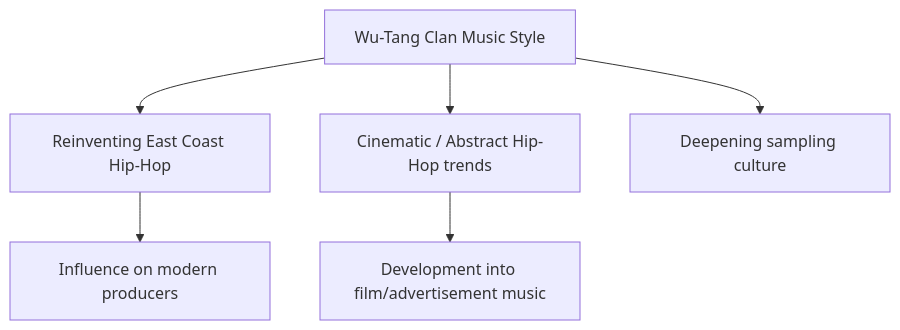
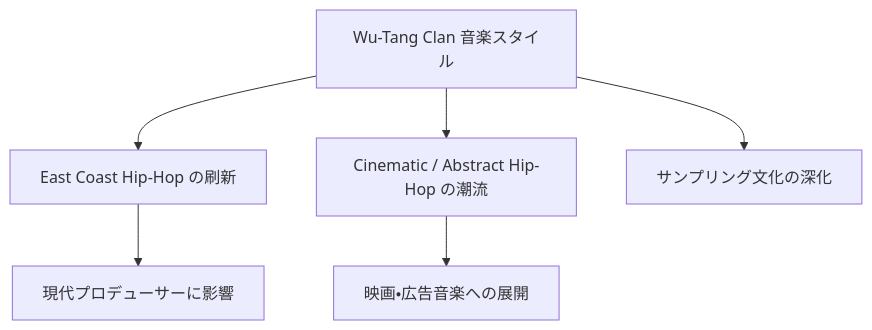
The seventh of 8 diagrams in en/_posts/2025-11-21-column-rza.md (monumental-movement/monumental-movement.github.io), drawn with Mermaid before and after one commit. The commit also changed other lines of this file and 2196 other files, not shown here.

```diff
--- a/en/_posts/2025-11-21-column-rza.md
+++ b/en/_posts/2025-11-21-column-rza.md
@@ -249,10 +248,10 @@
 <div class="mermaid">
 
 flowchart TD
-    A["Wu-Tang Clan Music Style"] --> B["Reinventing East Coast Hip-Hop"]
-    A --> C["Cinematic / Abstract Hip-Hop trends"]
-    A --> D["Deepening sampling culture"]
-    B --> E["Influence on modern producers"]
-    C --> F["Development into film/advertisement music"]
+    A["Wu-Tang Clan 音楽スタイル"] --> B["East Coast Hip-Hop の刷新"]
+    A --> C["Cinematic / Abstract Hip-Hop の潮流"]
+    A --> D["サンプリング文化の深化"]
+    B --> E["現代プロデューサーに影響"]
+    C --> F["映画・広告音楽への展開"]
 
 </div>
```
